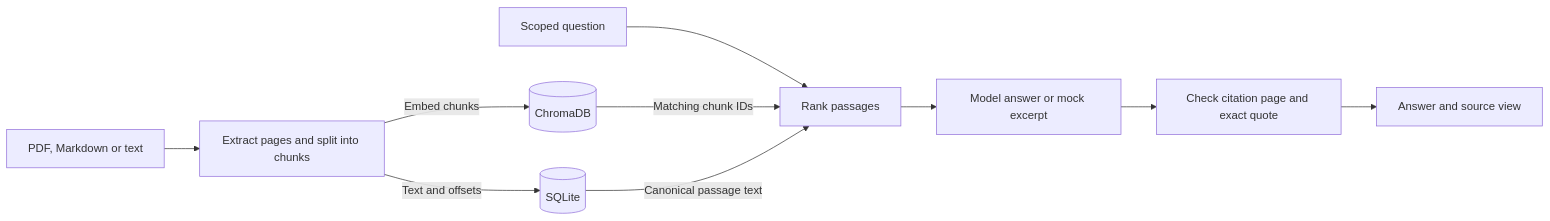
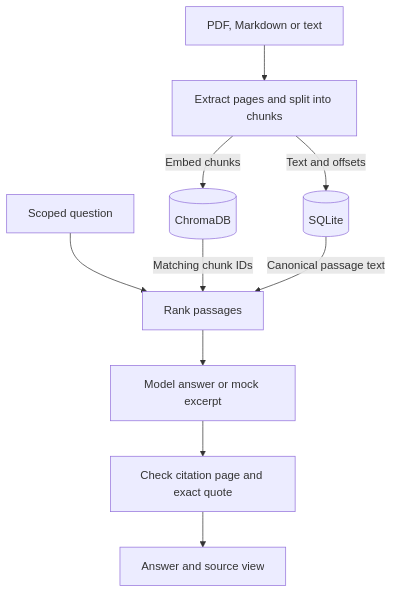
The first of 2 diagrams in README.md (stanbang/Grasp), drawn with Mermaid before and after one commit. The commit also changed other lines of this file, not shown here.

Commit message:
docs: improve diagram readability in the preview

````diff
--- a/README.md
+++ b/README.md
@@ -81,12 +81,12 @@
 ```mermaid
-flowchart LR
+flowchart TB
     document["PDF, Markdown or text"] --> pages["Extract pages and split into chunks"]
     pages -->|"Text and offsets"| sourceStore[("SQLite")]
     pages -->|"Embed chunks"| vectorIndex[("ChromaDB")]
     question["Scoped question"] --> retrieve["Rank passages"]
     vectorIndex -->|"Matching chunk IDs"| retrieve
     sourceStore -->|"Canonical passage text"| retrieve
     retrieve --> answer["Model answer or mock excerpt"]
     answer --> validate["Check citation page and exact quote"]
     validate --> sourceView["Answer and source view"]
 ```
````
